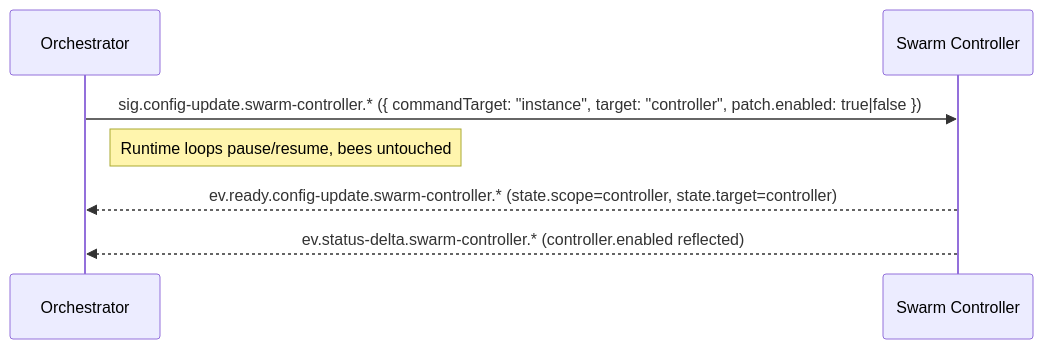
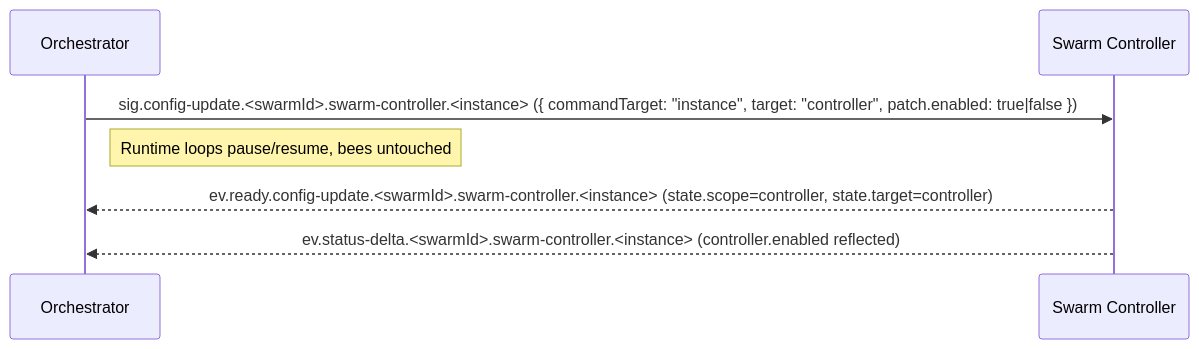
Before and after one commit to sepa79/PocketHive: the fifth of 8 diagrams in docs/ARCHITECTURE.md, drawn with Mermaid. The commit also changed other lines of this file and 7 other files, not shown here.

````diff
--- a/docs/ARCHITECTURE.md
+++ b/docs/ARCHITECTURE.md
@@ -204,10 +213,10 @@
 ```mermaid
 sequenceDiagram
   participant QN as Orchestrator
   participant MSH as Swarm Controller
 
-  QN->>MSH: sig.config-update.swarm-controller.* ({ commandTarget: "instance", target: "controller", patch.enabled: true|false })
+  QN->>MSH: sig.config-update.<swarmId>.swarm-controller.<instance> ({ commandTarget: "instance", target: "controller", patch.enabled: true|false })
   note right of QN: Runtime loops pause/resume, bees untouched
-  MSH-->>QN: ev.ready.config-update.swarm-controller.* (state.scope=controller, state.target=controller)
-  MSH-->>QN: ev.status-delta.swarm-controller.* (controller.enabled reflected)
+  MSH-->>QN: ev.ready.config-update.<swarmId>.swarm-controller.<instance> (state.scope=controller, state.target=controller)
+  MSH-->>QN: ev.status-delta.<swarmId>.swarm-controller.<instance> (controller.enabled reflected)
 ```
````
